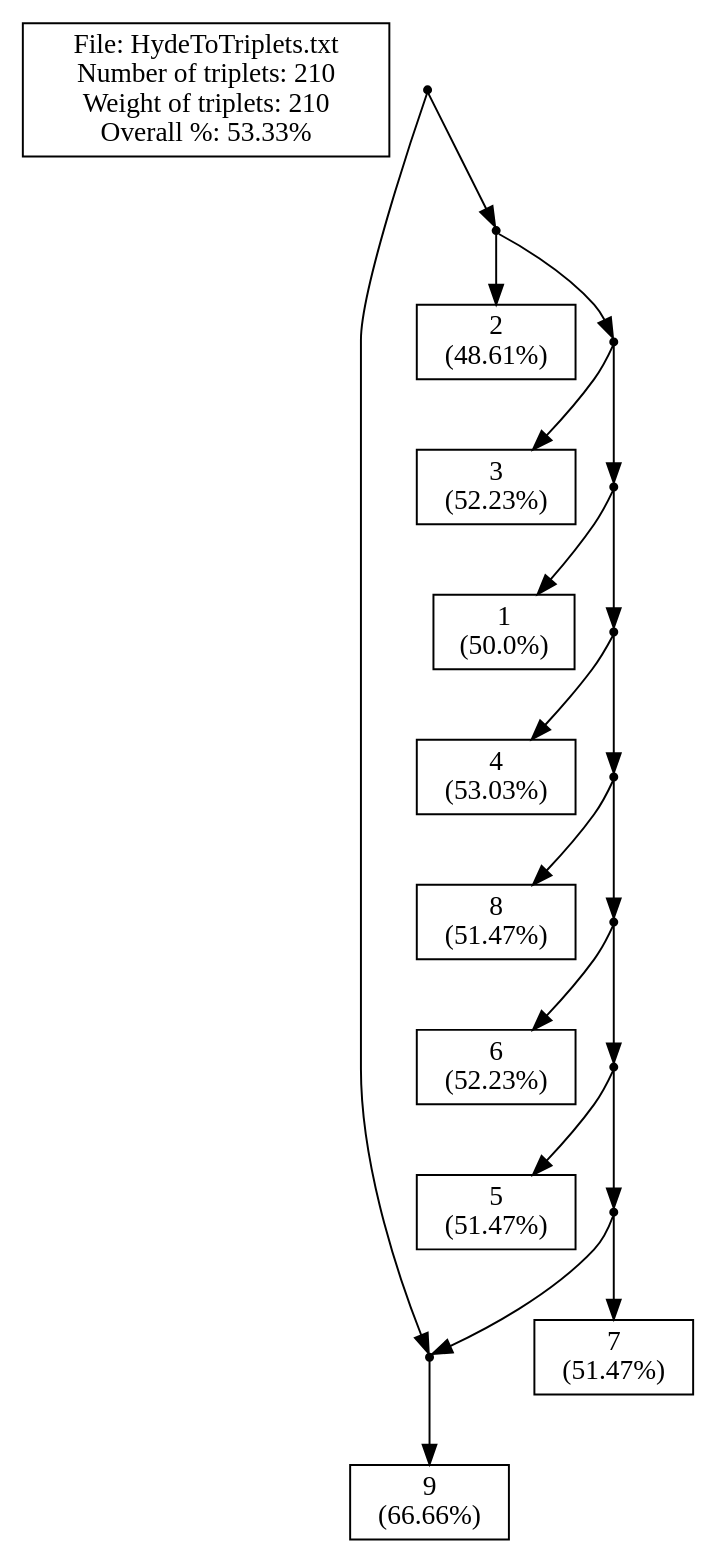
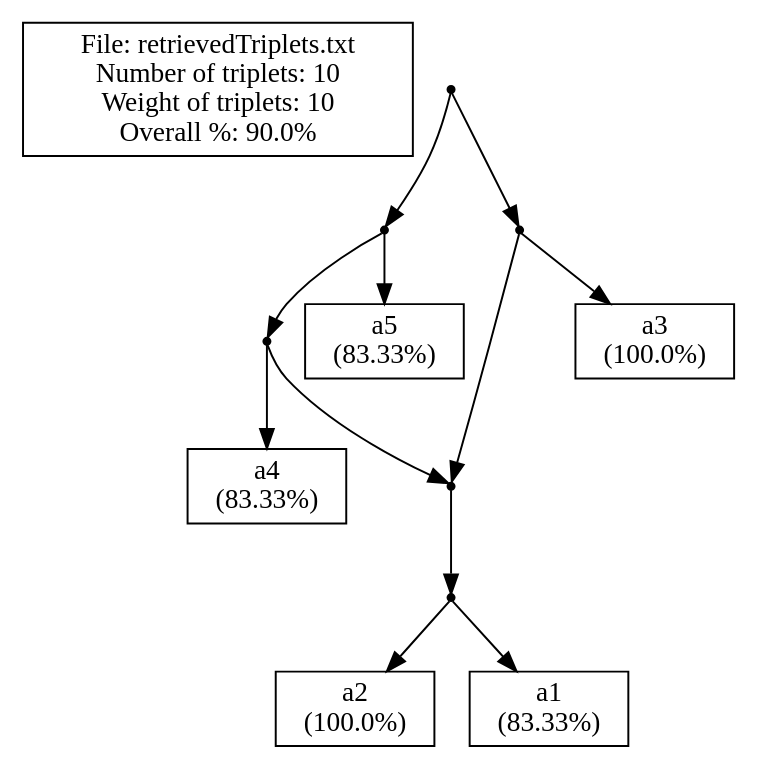
The diagram in src/Server/cExample1_m.dot (solislemuslab/phylo-knit), drawn with Graphviz before and after one commit. The commit also changed 7 other files, not shown here.

```diff
--- a/src/Server/cExample1_m.dot
+++ b/src/Server/cExample1_m.dot
@@ -1,66 +1,52 @@
 // LEV1ATHAN Version 1.0, 21 september 2009
 // COMMENT: Pre-processing the input file to count the leaves
-// COMMENT: Pre-processing showed that there are 9 leaves in the input.
-// SUMMARY: Input had 9 leaves.
+// COMMENT: Pre-processing showed that there are 5 leaves in the input.
+// SUMMARY: Input had 5 leaves.
 // USER-SETTING: Will *not* post-process output to collapse edges.
 // COMMENT: Triplet set is already dense.
-// SUMMARY: There are 210 triplets in the input.
-// SUMMARY: Total weight of input triplets is 210.
+// SUMMARY: There are 10 triplets in the input.
+// SUMMARY: Total weight of input triplets is 10.
 // SUMMARY: (Before post-processing)
-// SUMMARY: We got 112 units of triplet weight, that's 53.33% of total weight.
-// SUMMARY: In total 98 units of triplet weight were -not- consistent with the ouput network.
-// SUMMARY: Output network contained 0 triplets -not- in the original input.
-// SUMMARY: The symmetric difference is thus 98 + (1 * 0) = 98
+// SUMMARY: We got 9 units of triplet weight, that's 90.0% of total weight.
+// SUMMARY: In total 1 units of triplet weight were -not- consistent with the ouput network.
+// SUMMARY: Output network contained 7 triplets -not- in the original input.
+// SUMMARY: The symmetric difference is thus 1 + (1 * 7) = 8
 // SUMMARY: (After post-processing)
 strict digraph G1 {
 edge [fontsize=8]
-labelbox [shape=box, width=0.4, label="File: HydeToTriplets.txt\nNumber of triplets: 210\nWeight of triplets: 210\nOverall %: 53.33%"];
+labelbox [shape=box, width=0.4, label="File: retrievedTriplets.txt\nNumber of triplets: 10\nWeight of triplets: 10\nOverall %: 90.0%"];
 internal1000 [shape=point];
 internal1001 [shape=point];
-9 [shape=box, width=0.3, label="9\n(66.66%)"];
+internal1002 [shape=point];
 internal1003 [shape=point];
-2 [shape=box, width=0.3, label="2\n(48.61%)"];
-internal1005 [shape=point];
-3 [shape=box, width=0.3, label="3\n(52.23%)"];
-internal1007 [shape=point];
-1 [shape=box, width=0.3, label="1\n(50.0%)"];
+internal1004 [shape=point];
+1 [shape=box, width=0.3, label="a2\n(100.0%)"];
+2 [shape=box, width=0.3, label="a1\n(83.33%)"];
+3 [shape=box, width=0.3, label="a4\n(83.33%)"];
+4 [shape=box, width=0.3, label="a5\n(83.33%)"];
 internal1009 [shape=point];
-4 [shape=box, width=0.3, label="4\n(53.03%)"];
-internal1011 [shape=point];
-8 [shape=box, width=0.3, label="8\n(51.47%)"];
-internal1013 [shape=point];
-6 [shape=box, width=0.3, label="6\n(52.23%)"];
-internal1015 [shape=point];
-5 [shape=box, width=0.3, label="5\n(51.47%)"];
-internal1017 [shape=point];
-7 [shape=box, width=0.3, label="7\n(51.47%)"];
+5 [shape=box, width=0.3, label="a3\n(100.0%)"];
 internal1000 -> internal1001
-internal1000 -> internal1003
-internal1001 -> 9
-internal1003 -> 2
-internal1003 -> internal1005
-internal1005 -> 3
-internal1005 -> internal1007
-internal1007 -> 1
-internal1007 -> internal1009
-internal1009 -> 4
-internal1009 -> internal1011
-internal1011 -> 8
-internal1011 -> internal1013
-internal1013 -> 6
-internal1013 -> internal1015
-internal1015 -> 5
-internal1015 -> internal1017
-internal1017 -> 7
-internal1017 -> internal1001
-internal1001 -> 9
+internal1000 -> internal1009
+internal1001 -> internal1002
+internal1001 -> 4
+internal1002 -> internal1003
+internal1002 -> 3
+internal1003 -> internal1004
+internal1004 -> 1
+internal1004 -> 2
+internal1009 -> 5
+internal1009 -> internal1003
+internal1003 -> internal1004
+internal1004 -> 1
+internal1004 -> 2
 }
-// SUMMARY: eNewick output: ((9)#H1,(2,(3,(1,(4,(8,(6,(5,(7,#H1)))))))));
-// SUMMARY: In total 98 units of triplet weight were -not- consistent with the ouput network.
-// SUMMARY: Output network contained 0 triplets -not- in the original input.
+// SUMMARY: eNewick output: (((((a2,a1))#H1,a4),a5),(a3,#H1));
+// SUMMARY: In total 1 units of triplet weight were -not- consistent with the ouput network.
+// SUMMARY: Output network contained 7 triplets -not- in the original input.
 // SUMMARY: Weight of missing triplets before contraction minus weight of missing triplets afterwards: 0
 // SUMMARY: Number of surplus triplets before contraction minus number of surplus triplets afterwards: 0
-// CONCLUSION: After post-processing we got 112 units of triplet weight, that's 53.33% of total weight (before post-processing this was 53.33%).
-// CONCLUSION: After post-processing the symmetric difference is thus 98 + (1 * 0) = 98 (before post-processing this was 98)
-// STAT: PERCENTAGE = 53.33
-// STAT: NETWORK-TRIPLET SD = 98
+// CONCLUSION: After post-processing we got 9 units of triplet weight, that's 90.0% of total weight (before post-processing this was 90.0%).
+// CONCLUSION: After post-processing the symmetric difference is thus 1 + (1 * 7) = 8 (before post-processing this was 8)
+// STAT: PERCENTAGE = 90.0
+// STAT: NETWORK-TRIPLET SD = 8
```
